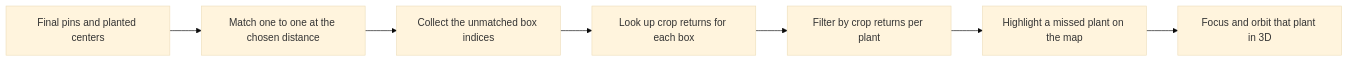
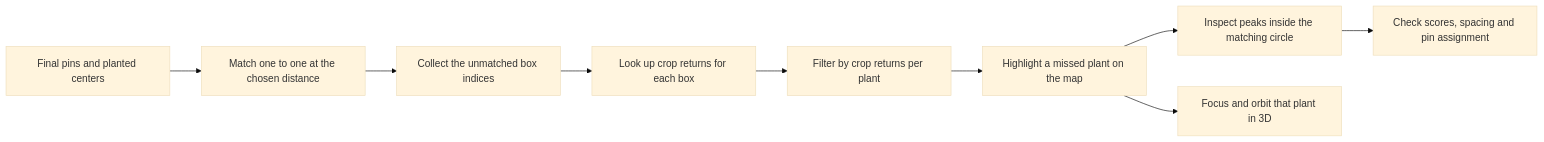
One commit to mvalancy/crop-trainer changed the eighth of 15 diagrams in README.md. Above: the diagram before and after it, drawn with Mermaid (base theme). The commit also changed other lines of this file and 6 other files, not shown here.

````diff
--- a/README.md
+++ b/README.md
@@ -231,9 +231,11 @@
 ```mermaid
 flowchart LR
   P[Final pins and planted centers] --> M[Match one to one at the chosen distance]
   M --> U[Collect the unmatched box indices]
   U --> C[Look up crop returns for each box]
   C --> B[Filter by crop returns per plant]
   B --> H[Highlight a missed plant on the map]
+  H --> T[Inspect peaks inside the matching circle]
+  T --> S[Check scores, spacing and pin assignment]
   H --> V[Focus and orbit that plant in 3D]
 ```
````
